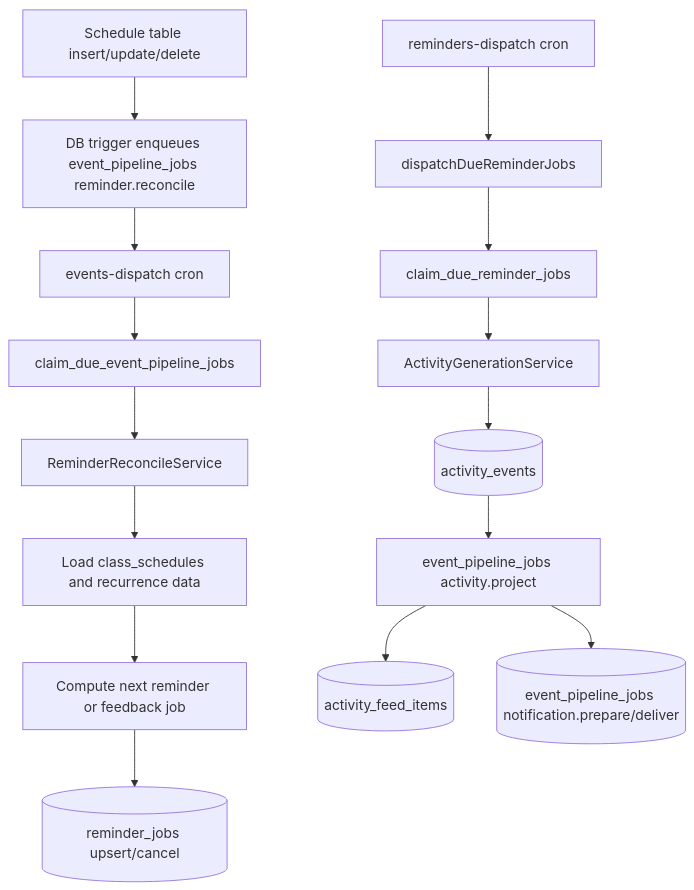
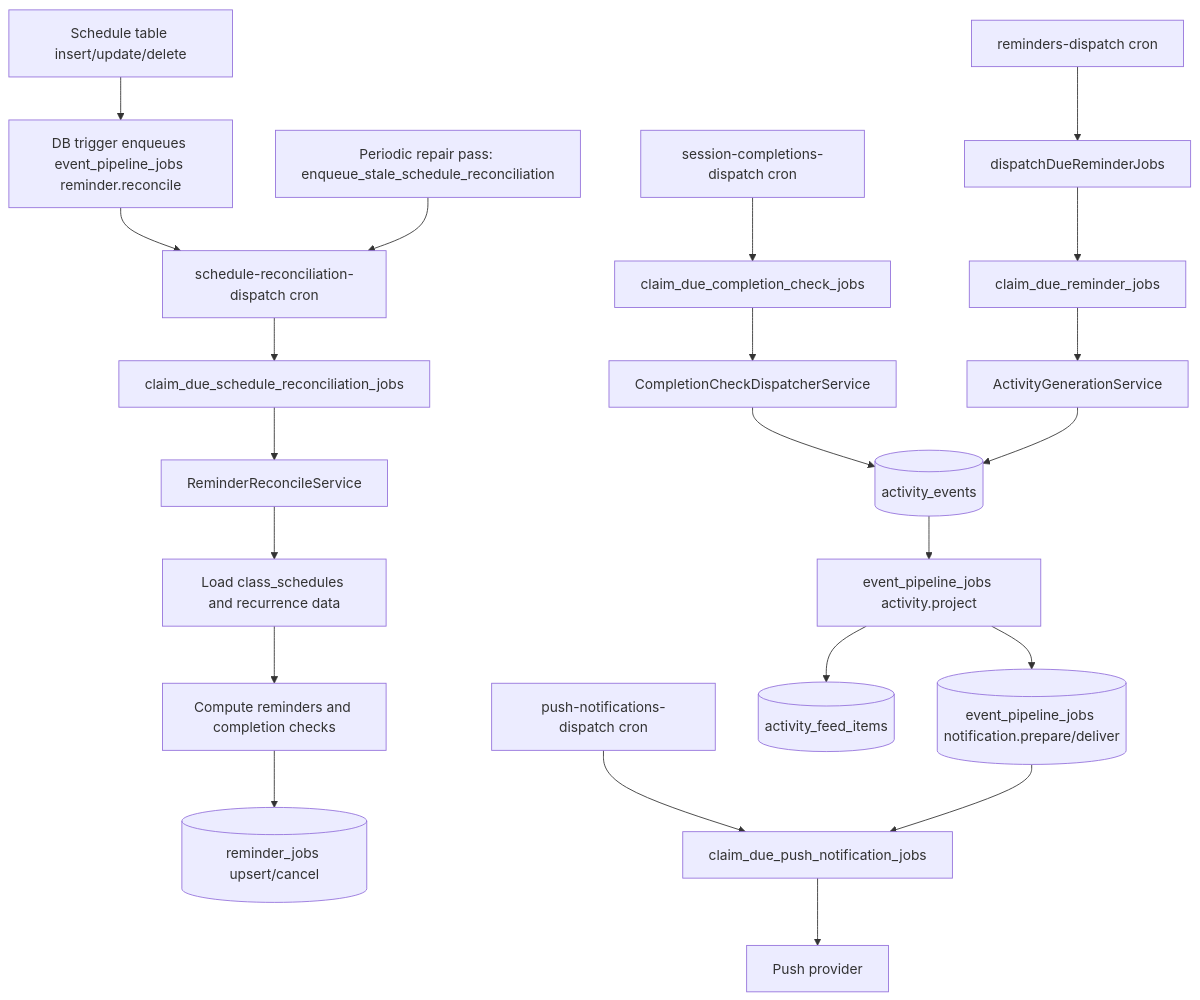
Before and after one commit to heidisoft/iconicedu-monorepo: the diagram in docs/operations/reminders.md, drawn with Mermaid. The commit also changed other lines of this file and 59 other files, not shown here.

````diff
--- a/docs/operations/reminders.md
+++ b/docs/operations/reminders.md
@@ -56,17 +95,24 @@
 ```mermaid
 flowchart TD
   ScheduleChange[Schedule table insert/update/delete] --> Trigger[DB trigger enqueues event_pipeline_jobs reminder.reconcile]
-  Trigger --> ReconcileCron[events-dispatch cron]
-  ReconcileCron --> ClaimReconcile[claim_due_event_pipeline_jobs]
+  Trigger --> ReconcileCron[schedule-reconciliation-dispatch cron]
+  RepairPass[Periodic repair pass: enqueue_stale_schedule_reconciliation] --> ReconcileCron
+  ReconcileCron --> ClaimReconcile[claim_due_schedule_reconciliation_jobs]
   ClaimReconcile --> Reconcile[ReminderReconcileService]
   Reconcile --> LoadSchedules[Load class_schedules and recurrence data]
-  LoadSchedules --> NextJob[Compute next reminder or feedback job]
+  LoadSchedules --> NextJob[Compute reminders and completion checks]
   NextJob --> Upsert[(reminder_jobs upsert/cancel)]
+  CompletionCron[session-completions-dispatch cron] --> CompletionClaim[claim_due_completion_check_jobs]
+  CompletionClaim --> Completion[CompletionCheckDispatcherService]
+  Completion --> Events
+  PushCron[push-notifications-dispatch cron] --> PushClaim[claim_due_push_notification_jobs]
+  PushClaim --> Push[Push provider]
   Cron[reminders-dispatch cron] --> Dispatch[dispatchDueReminderJobs]
   Dispatch --> Claim[claim_due_reminder_jobs]
   Claim --> Activity[ActivityGenerationService]
   Activity --> Events[(activity_events)]
   Events --> Projector[event_pipeline_jobs activity.project]
   Projector --> Feed[(activity_feed_items)]
   Projector --> Notifications[(event_pipeline_jobs notification.prepare/deliver)]
+  Notifications --> PushClaim
 ```
````
